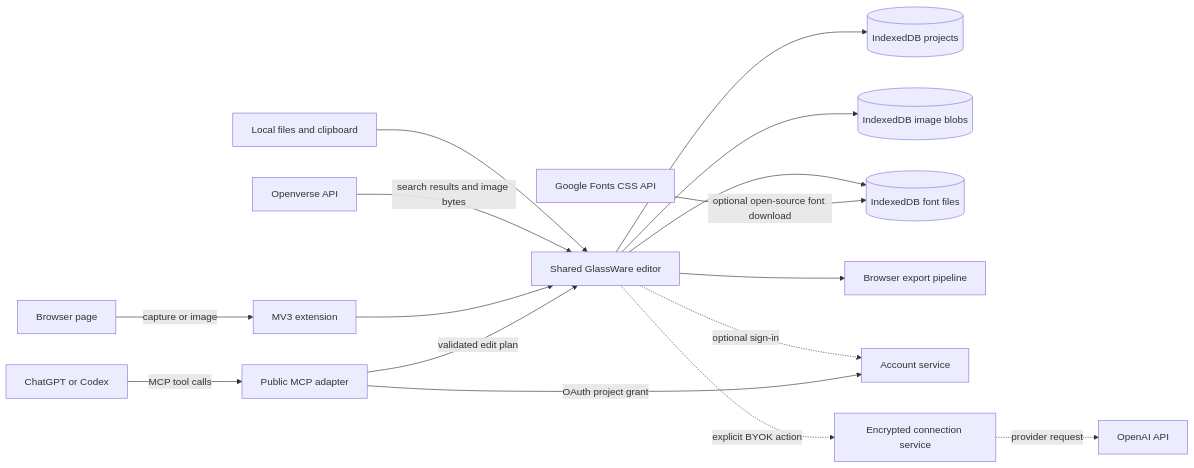
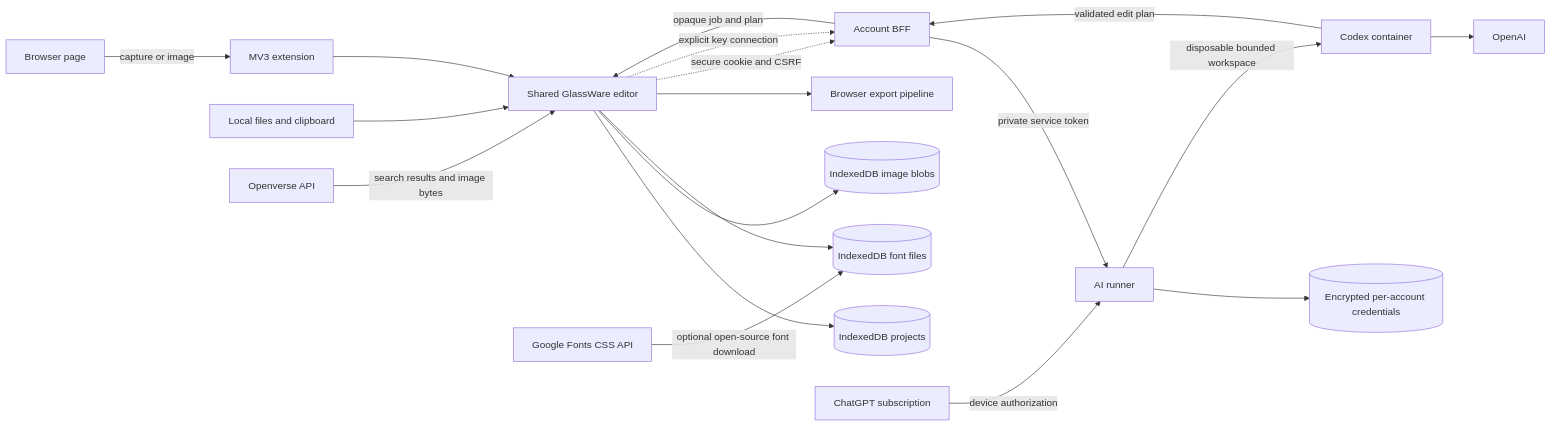
Before and after one commit to Wiplash-ai/image-stitch: the first of 2 diagrams in docs/ARCHITECTURE.md, drawn with Mermaid. The commit also changed other lines of this file and 30 other files, not shown here.

````diff
--- a/docs/ARCHITECTURE.md
+++ b/docs/ARCHITECTURE.md
@@ -16,18 +16,21 @@
 ```mermaid
 flowchart LR
   Browser[Browser page] -->|capture or image| Extension[MV3 extension]
   Upload[Local files and clipboard] --> Editor
   Openverse[Openverse API] -->|search results and image bytes| Editor
   Extension --> Editor[Shared GlassWare editor]
   Editor --> ProjectStore[(IndexedDB projects)]
   Editor --> AssetStore[(IndexedDB image blobs)]
   Editor --> FontStore[(IndexedDB font files)]
   GoogleFonts[Google Fonts CSS API] -->|optional open-source font download| FontStore
   Editor --> Exporter[Browser export pipeline]
-  Editor -. optional sign-in .-> Identity[Account service]
-  ChatGPT[ChatGPT or Codex] -->|MCP tool calls| MCP[Public MCP adapter]
-  MCP -->|OAuth project grant| Identity
-  MCP -->|validated edit plan| Editor
-  Editor -. explicit BYOK action .-> Vault[Encrypted connection service]
-  Vault -. provider request .-> OpenAI[OpenAI API]
+  Editor -. secure cookie and CSRF .-> Identity[Account BFF]
+  Identity -->|private service token| Runner[AI runner]
+  ChatGPT[ChatGPT subscription] -->|device authorization| Runner
+  Editor -. explicit key connection .-> Identity
+  Runner --> Vault[(Encrypted per-account credentials)]
+  Runner -->|disposable bounded workspace| Sandbox[Codex container]
+  Sandbox --> OpenAI[OpenAI]
+  Sandbox -->|validated edit plan| Identity
+  Identity -->|opaque job and plan| Editor
 ```
````
